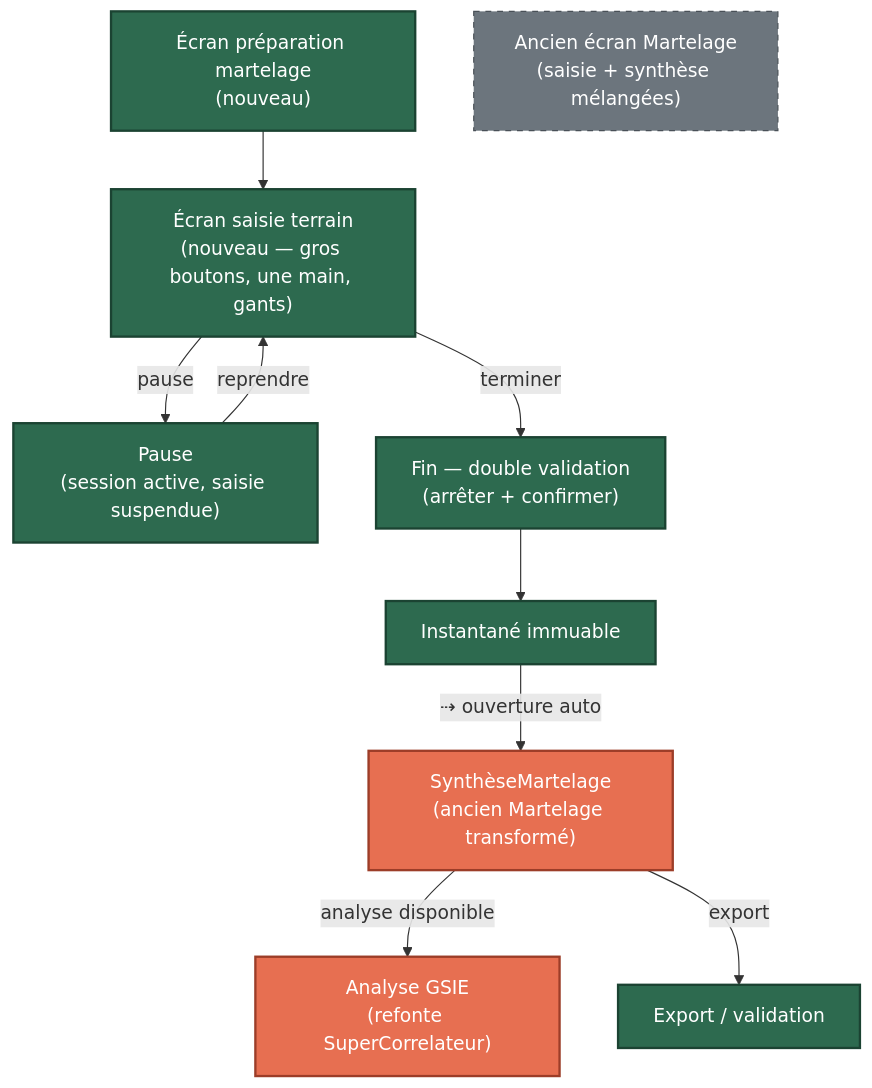
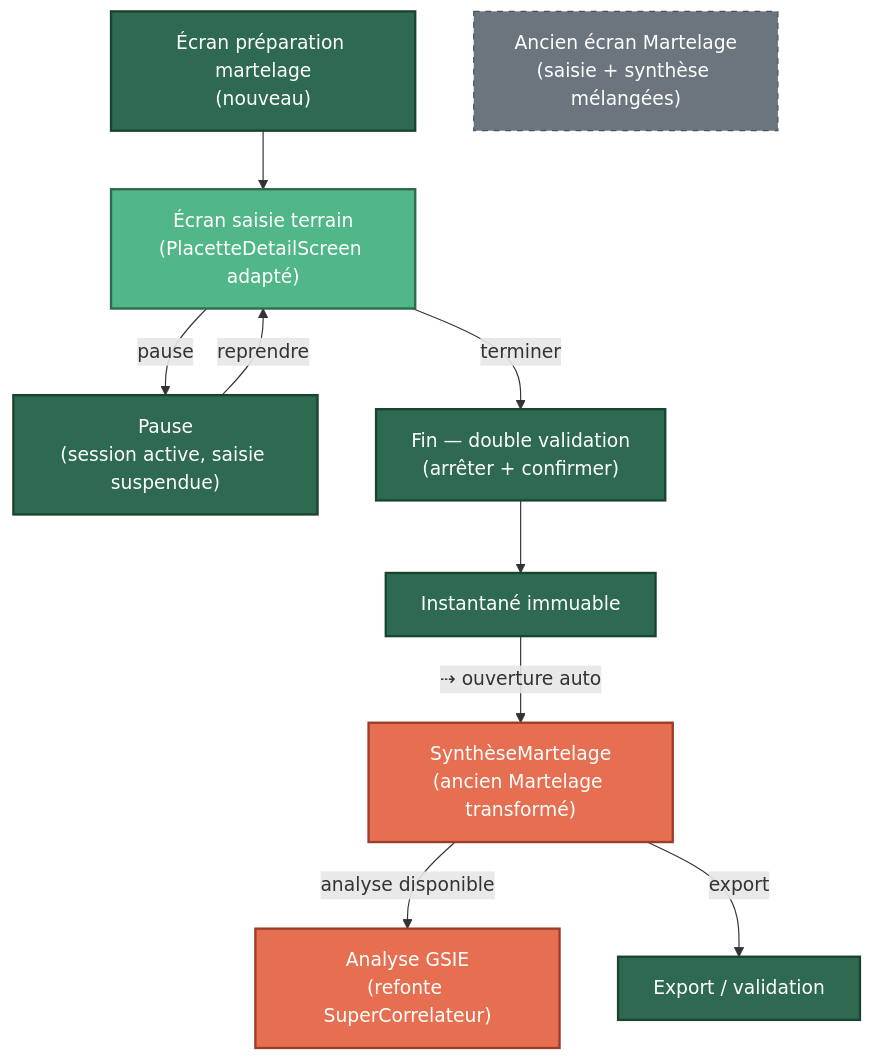
The fourth of 12 diagrams in docs/UI_NAVIGATION_MAP.md (NeooeN45/GeoSylva-new), drawn with Mermaid before and after one commit. The commit also changed 2 other files, not shown here.

Commit message:
fix(ui): écran saisie martelage = PlacetteDetailScreen adapté
L'écran de saisie martelage n'est pas un nouvel écran créé de zéro.
C'est l'écran actuel PlacetteDetailScreen (titre « Placette essences »)
conservé et adapté avec quelques ajouts : indicateurs session,
prélèvement, TreeVision, actions session, mode vocal, compas BT.

Corrigé dans spec §29.16, §29.19 + cartes navigation MD/HTML.

Generated with [Devin](https://devin.ai)

````diff
--- a/docs/UI_NAVIGATION_MAP.md
+++ b/docs/UI_NAVIGATION_MAP.md
@@ -153,26 +153,26 @@
 ```mermaid
 flowchart TD
     PREP_MARTEL["Écran préparation martelage<br/>(nouveau)"]:::new
-    SAISIE_MARTEL["Écran saisie terrain<br/>(nouveau — gros boutons, une main, gants)"]:::new
+    SAISIE_MARTEL["Écran saisie terrain<br/>(PlacetteDetailScreen adapté)"]:::kept
     PAUSE["Pause<br/>(session active, saisie suspendue)"]:::new
     FIN_MARTEL["Fin — double validation<br/>(arrêter + confirmer)"]:::new
     SNAP["Instantané immuable"]:::new
     SYNTHESE["SynthèseMartelage<br/>(ancien Martelage transformé)"]:::transformed
     ANALYSE_GSIE["Analyse GSIE<br/>(refonte SuperCorrelateur)"]:::transformed
 
     PREP_MARTEL --> SAISIE_MARTEL
     SAISIE_MARTEL -->|pause| PAUSE
     PAUSE -->|reprendre| SAISIE_MARTEL
     SAISIE_MARTEL -->|terminer| FIN_MARTEL
     FIN_MARTEL --> SNAP
     SNAP -->|⇢ ouverture auto| SYNTHESE
     SYNTHESE -->|analyse disponible| ANALYSE_GSIE
     SYNTHESE -->|export| EXPORT["Export / validation"]:::new
 
     MARTEL_OLD["Ancien écran Martelage<br/>(saisie + synthèse mélangées)"]:::deleted
 
     classDef new fill:#2d6a4f,color:#fff,stroke:#1b4332,stroke-width:2px
     classDef kept fill:#52b788,color:#fff,stroke:#2d6a4f,stroke-width:2px
     classDef transformed fill:#e76f51,color:#fff,stroke:#9c3d28,stroke-width:2px
     classDef deleted fill:#6c757d,color:#fff,stroke:#495057,stroke-width:1px,stroke-dasharray:5 5
 ```
````
